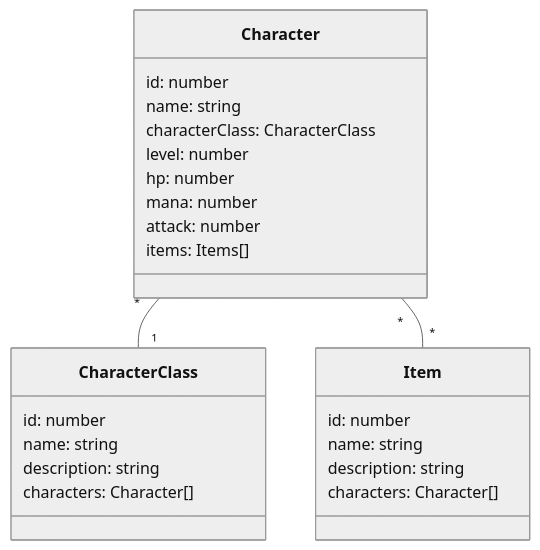
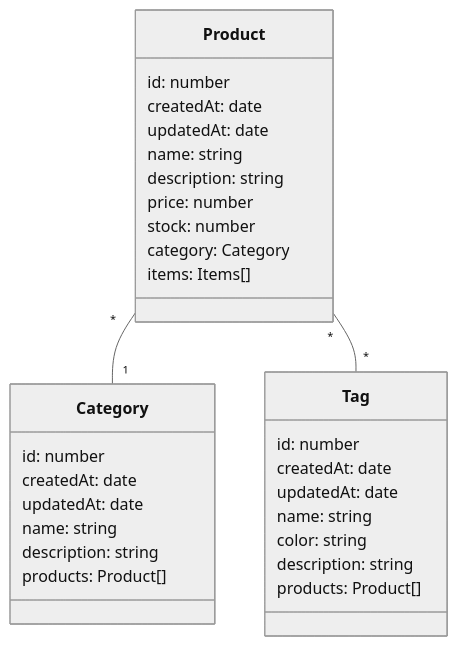
The diagram in docs/TypeORM.md (AlexisMateo02/PoC_TypeORM_DSW), drawn with Mermaid (neutral theme) before and after one commit. The commit also changed other lines of this file and 20 other files, not shown here.

````diff
--- a/docs/TypeORM.md
+++ b/docs/TypeORM.md
@@ -14,31 +35,37 @@
 ```mermaid
 classDiagram
 
-class Character {
+class Product {
     id: number
+    createdAt: date
+    updatedAt: date
     name: string
-    characterClass: CharacterClass
-    level: number
-    hp: number
-    mana: number
-    attack: number
+    description: string
+    price: number
+    stock: number
+    category: Category
     items: Items[]
 }
 
-class CharacterClass {
+class Category {
     id: number
+    createdAt: date
+    updatedAt: date
     name: string
     description: string
-    characters: Character[]
+    products: Product[]
 }
 
-class Item {
+class Tag {
     id: number
+    createdAt: date
+    updatedAt: date
     name: string
+    color: string
     description: string
-    characters: Character[]
+    products: Product[]
 }
 
-Character "*" -- "1" CharacterClass
-Character "*" -- "*" Item
+Product "*" -- "1" Category
+Product "*" -- "*" Tag
 ```
````
